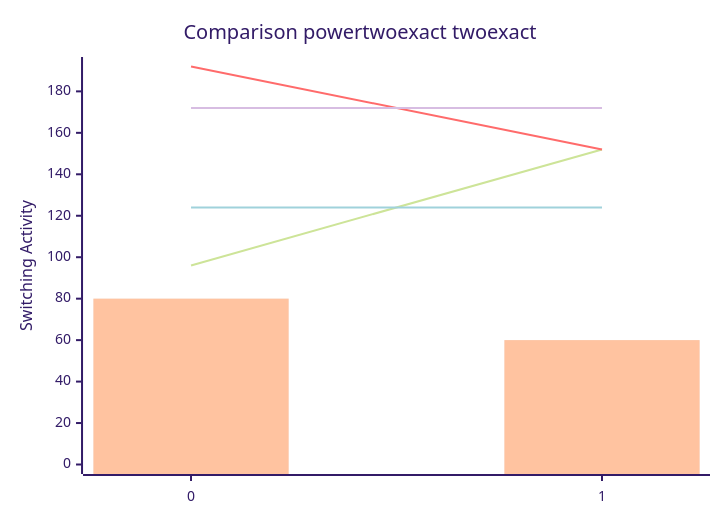
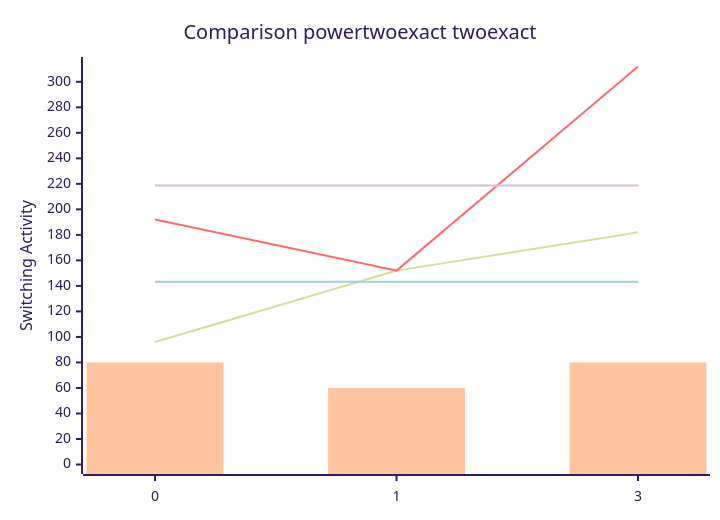
One commit to FeldmeierMichael/Exact-Power-Synthesis changed the diagram in benchmark.md. Above: the diagram before and after it, drawn with Mermaid (forest theme). The commit also changed other lines of this file and 2 other files, not shown here.

````diff
--- a/benchmark.md
+++ b/benchmark.md
@@ -9,12 +11,12 @@
 ```mermaid
 xychart-beta
     title "Comparison powertwoexact twoexact"
-    x-axis [0, 1]
-    y-axis "Switching Activity" 0-->192
-    line [96, 152]
-    line [192, 152]
-    line [124.0, 124.0]
-    line [172.0, 172.0]
-    bar [80, 60]
-    bar [80, 60]
+    x-axis [0, 1, 3]
+    y-axis "Switching Activity" 0-->312
+    line [96, 152, 182]
+    line [192, 152, 312]
+    line [143.33333333333334, 143.33333333333334, 143.33333333333334]
+    line [218.66666666666666, 218.66666666666666, 218.66666666666666]
+    bar [80, 60, 80]
+    bar [80, 60, 80]
 ```
````
